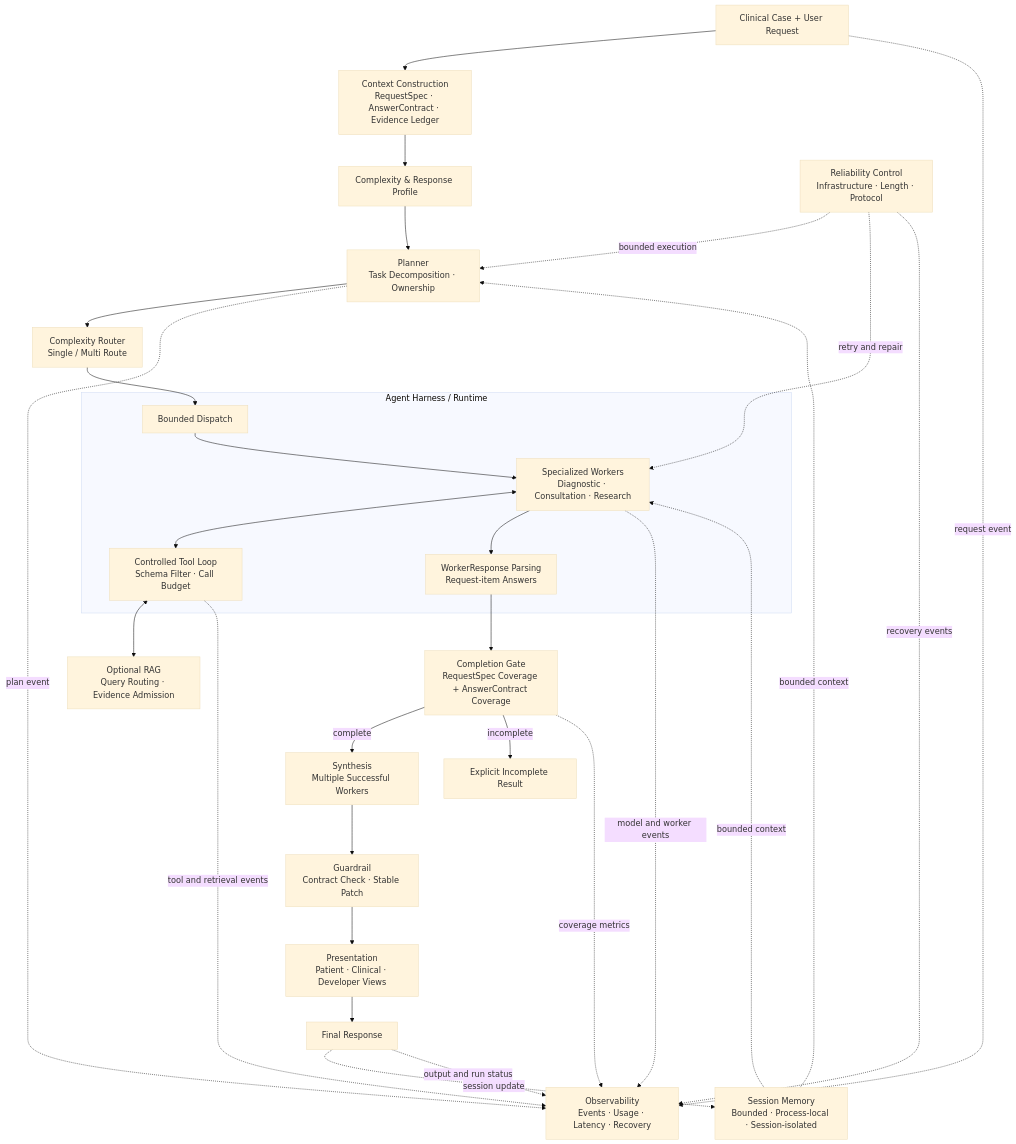
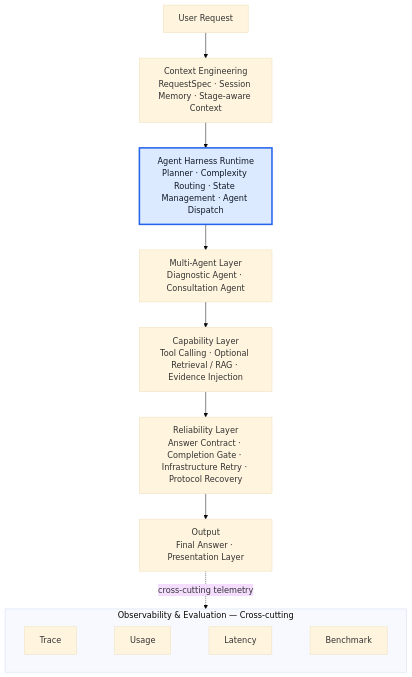
The diagram in docs/ARCHITECTURE.md (young-svg/medagent-harness), drawn with Mermaid (base theme) before and after one commit. The commit also changed 1 other file, not shown here.

Commit message:
Refine Agent Harness architecture diagrams

````diff
--- a/docs/ARCHITECTURE.md
+++ b/docs/ARCHITECTURE.md
@@ -9,59 +9,21 @@
 ```mermaid
 flowchart TB
-    REQUEST["Clinical Case + User Request"]
-    CONTEXT["Context Construction<br/>RequestSpec · AnswerContract · Evidence Ledger"]
-    PROFILE["Complexity & Response Profile"]
-    PLANNER["Planner<br/>Task Decomposition · Ownership"]
-    ROUTER["Complexity Router<br/>Single / Multi Route"]
+    REQUEST["User Request"]
+    CONTEXT["Context Engineering<br/>RequestSpec · Session Memory · Stage-aware Context"]
+    HARNESS["Agent Harness Runtime<br/>Planner · Complexity Routing · State Management · Agent Dispatch"]
+    AGENTS["Multi-Agent Layer<br/>Diagnostic Agent · Consultation Agent"]
+    CAPABILITIES["Capability Layer<br/>Tool Calling · Optional Retrieval / RAG · Evidence Injection"]
+    RELIABILITY["Reliability Layer<br/>Answer Contract · Completion Gate · Infrastructure Retry · Protocol Recovery"]
+    OUTPUT["Output<br/>Final Answer · Presentation Layer"]
+    REQUEST --> CONTEXT --> HARNESS --> AGENTS --> CAPABILITIES --> RELIABILITY --> OUTPUT
 
-    subgraph RUNTIME["Agent Harness / Runtime"]
-        DISPATCH["Bounded Dispatch"]
-        WORKERS["Specialized Workers<br/>Diagnostic · Consultation · Research"]
-        TOOL_LOOP["Controlled Tool Loop<br/>Schema Filter · Call Budget"]
-        RESPONSE["WorkerResponse Parsing<br/>Request-item Answers"]
-
-        DISPATCH --> WORKERS
-        WORKERS <--> TOOL_LOOP
-        WORKERS --> RESPONSE
+    subgraph OBS["Observability & Evaluation — Cross-cutting"]
+        direction LR
+        TRACE["Trace"] ~~~ USAGE["Usage"] ~~~ LATENCY["Latency"] ~~~ BENCHMARK["Benchmark"]
     end
 
-    RETRIEVAL["Optional RAG<br/>Query Routing · Evidence Admission"]
-    GATE["Completion Gate<br/>RequestSpec Coverage + AnswerContract Coverage"]
-    INCOMPLETE["Explicit Incomplete Result"]
-    SYNTHESIS["Synthesis<br/>Multiple Successful Workers"]
-    GUARDRAIL["Guardrail<br/>Contract Check · Stable Patch"]
-    PRESENTATION["Presentation<br/>Patient · Clinical · Developer Views"]
-    FINAL["Final Response"]
+    OUTPUT -.->|cross-cutting telemetry| OBS
 
-    MEMORY["Session Memory<br/>Bounded · Process-local · Session-isolated"]
-    RELIABILITY["Reliability Control<br/>Infrastructure · Length · Protocol"]
-    TRACE["Observability<br/>Events · Usage · Latency · Recovery"]
-
-    REQUEST --> CONTEXT
-    CONTEXT --> PROFILE
-    PROFILE --> PLANNER
-    PLANNER --> ROUTER
-    ROUTER --> DISPATCH
-    TOOL_LOOP <--> RETRIEVAL
-    RESPONSE --> GATE
-    GATE -->|complete| SYNTHESIS
-    GATE -->|incomplete| INCOMPLETE
-    SYNTHESIS --> GUARDRAIL
-    GUARDRAIL --> PRESENTATION
-    PRESENTATION --> FINAL
-
-    MEMORY -.->|bounded context| PLANNER
-    MEMORY -.->|bounded context| WORKERS
-    FINAL -.->|session update| MEMORY
-
-    RELIABILITY -.->|bounded execution| PLANNER
-    RELIABILITY -.->|retry and repair| WORKERS
-
-    REQUEST -.->|request event| TRACE
-    PLANNER -.->|plan event| TRACE
-    WORKERS -.->|model and worker events| TRACE
-    TOOL_LOOP -.->|tool and retrieval events| TRACE
-    GATE -.->|coverage metrics| TRACE
-    RELIABILITY -.->|recovery events| TRACE
-    FINAL -.->|output and run status| TRACE
+    classDef core fill:#dbeafe,stroke:#2563eb,stroke-width:3px,color:#111827
+    class HARNESS core
 ```
````
